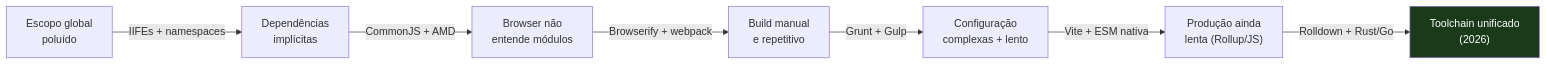
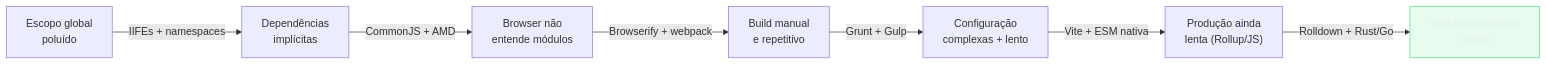
Before and after one commit to josenaldo/codex-technomanticus: the seventh of 7 diagrams in 03-Dominios/Tecnologia/Tooling e Build/02 - A evolução do tooling JS - de script ao bundler moderno.md, drawn with Mermaid. The commit also changed 1181 other files, not shown here.

First line of the commit message:
fix(diagramas): paleta do sistema no lugar de cor cravada no markdown

````diff
--- a/03-Dominios/Tecnologia/Tooling e Build/02 - A evolução do tooling JS - de script ao bundler moderno.md
+++ b/03-Dominios/Tecnologia/Tooling e Build/02 - A evolução do tooling JS - de script ao bundler moderno.md
@@ -603,12 +603,13 @@
 ```mermaid
 flowchart LR
+    classDef ok fill:#4ADE8021,stroke:#4ADE80,color:#E9ECF2
     P1["Escopo global\npoluído"] -->|"IIFEs + namespaces"| P2
     P2["Dependências\nimplícitas"] -->|"CommonJS + AMD"| P3
     P3["Browser não\nentende módulos"] -->|"Browserify + webpack"| P4
     P4["Build manual\ne repetitivo"] -->|"Grunt + Gulp"| P5
     P5["Configuração\ncomplexas + lento"] -->|"Vite + ESM nativa"| P6
     P6["Produção ainda\nlenta (Rollup/JS)"] -->|"Rolldown + Rust/Go"| P7
     P7["Toolchain unificado\n(2026)"]
 
-    style P7 fill:#1a3a1a,color:#fff
+    class P7 ok
 ```
````
